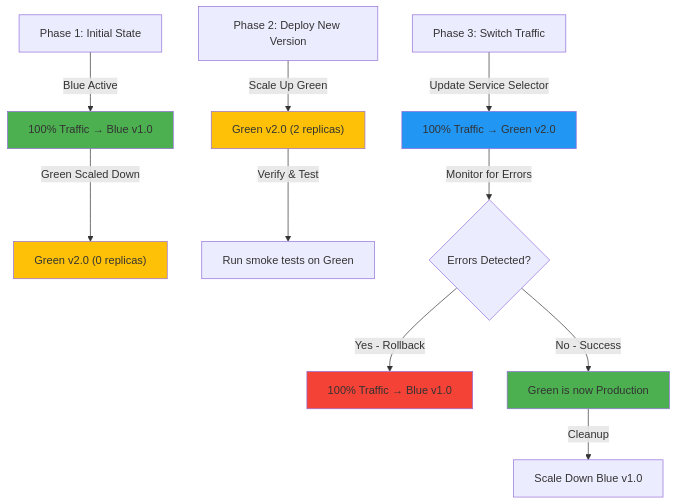
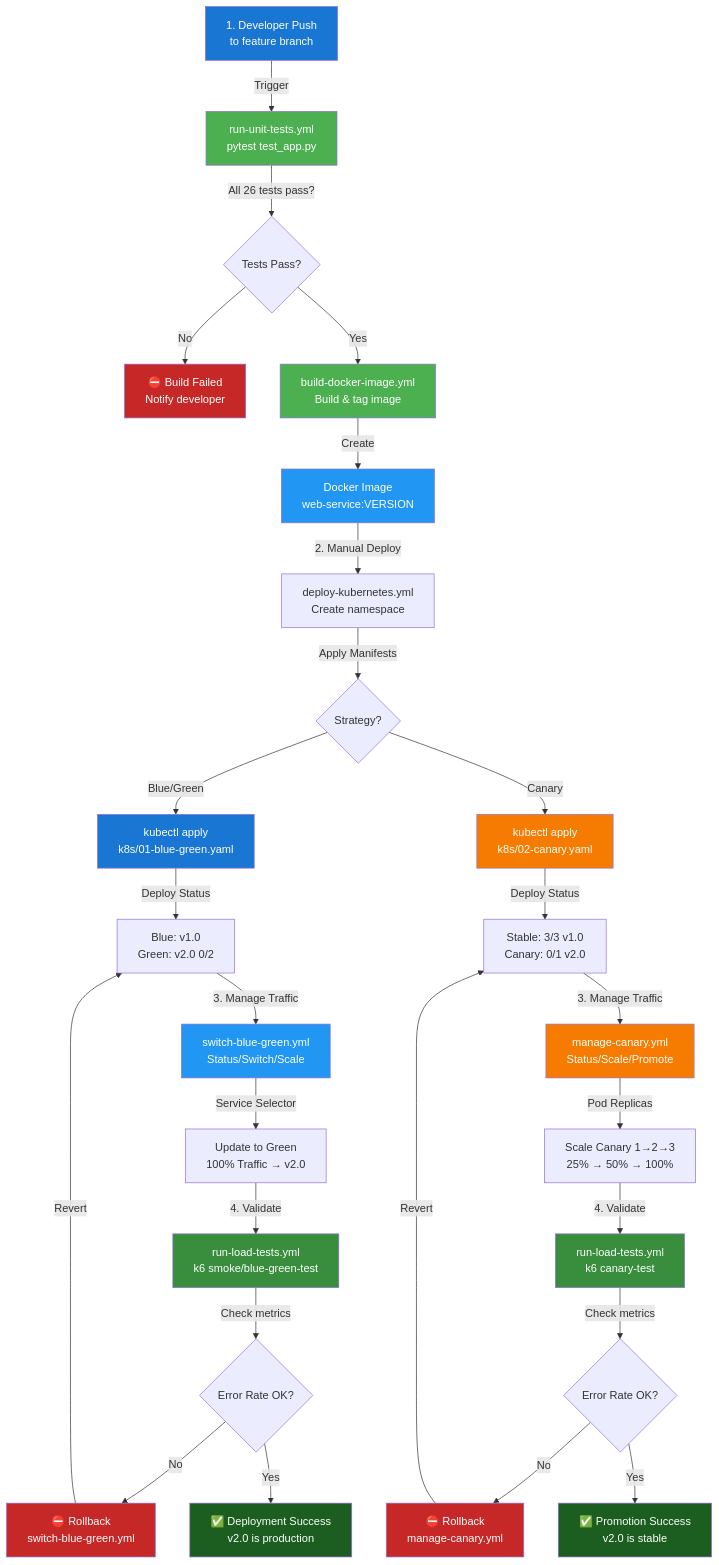
One commit to santispizzirri/tech-challenge-devops changed the second of 3 diagrams in README.md. Above: the diagram before and after it, drawn with Mermaid. The commit also changed other lines of this file and 5 other files, not shown here.

Commit message:
adding minor changes - unit tests checked

````diff
--- a/README.md
+++ b/README.md
@@ -397,23 +400,58 @@
 ```mermaid
 graph TD
-    A["Phase 1: Initial State"] -->|Blue Active| B["100% Traffic → Blue v1.0"]
-    B -->|Green Scaled Down| C["Green v2.0 (0 replicas)"]
+    A["1. Developer Push<br/>to feature branch"]
     
-    D["Phase 2: Deploy New Version"] -->|Scale Up Green| E["Green v2.0 (2 replicas)"]
-    E -->|Verify & Test| F["Run smoke tests on Green"]
+    A -->|Trigger| B["run-unit-tests.yml<br/>pytest test_app.py"]
+    B -->|All 26 tests pass?| C{Tests Pass?}
     
-    G["Phase 3: Switch Traffic"] -->|Update Service Selector| H["100% Traffic → Green v2.0"]
-    H -->|Monitor for Errors| I{Errors Detected?}
+    C -->|No| D["⛔ Build Failed<br/>Notify developer"]
+    C -->|Yes| E["build-docker-image.yml<br/>Build & tag image"]
     
-    I -->|Yes - Rollback| J["100% Traffic → Blue v1.0"]
-    I -->|No - Success| K["Green is now Production"]
+    E -->|Create| F["Docker Image<br/>web-service:VERSION"]
     
-    K -->|Cleanup| L["Scale Down Blue v1.0"]
+    F -->|2. Manual Deploy| G["deploy-kubernetes.yml<br/>Create namespace"]
+    G -->|Apply Manifests| H{Strategy?}
     
-    style B fill:#4CAF50
-    style C fill:#FFC107
-    style E fill:#FFC107
-    style H fill:#2196F3
-    style J fill:#F44336
-    style K fill:#4CAF50
+    H -->|Blue/Green| I["kubectl apply<br/>k8s/01-blue-green.yaml"]
+    H -->|Canary| J["kubectl apply<br/>k8s/02-canary.yaml"]
+    
+    I -->|Deploy Status| K["Blue: v1.0<br/>Green: v2.0 0/2"]
+    J -->|Deploy Status| L["Stable: 3/3 v1.0<br/>Canary: 0/1 v2.0"]
+    
+    K -->|3. Manage Traffic| M["switch-blue-green.yml<br/>Status/Switch/Scale"]
+    L -->|3. Manage Traffic| N["manage-canary.yml<br/>Status/Scale/Promote"]
+    
+    M -->|Service Selector| O["Update to Green<br/>100% Traffic → v2.0"]
+    N -->|Pod Replicas| P["Scale Canary 1→2→3<br/>25% → 50% → 100%"]
+    
+    O -->|4. Validate| Q["run-load-tests.yml<br/>k6 smoke/blue-green-test"]
+    P -->|4. Validate| R["run-load-tests.yml<br/>k6 canary-test"]
+    
+    Q -->|Check metrics| S{Error Rate OK?}
+    R -->|Check metrics| T{Error Rate OK?}
+    
+    S -->|No| U["⛔ Rollback<br/>switch-blue-green.yml"]
+    S -->|Yes| V["✅ Deployment Success<br/>v2.0 is production"]
+    
+    T -->|No| W["⛔ Rollback<br/>manage-canary.yml"]
+    T -->|Yes| X["✅ Promotion Success<br/>v2.0 is stable"]
+    
+    U -->|Revert| K
+    W -->|Revert| L
+    
+    style A fill:#1976D2,color:#fff
+    style B fill:#4CAF50,color:#fff
+    style E fill:#4CAF50,color:#fff
+    style F fill:#2196F3,color:#fff
+    style I fill:#1976D2,color:#fff
+    style J fill:#F57C00,color:#fff
+    style M fill:#2196F3,color:#fff
+    style N fill:#F57C00,color:#fff
+    style Q fill:#388E3C,color:#fff
+    style R fill:#388E3C,color:#fff
+    style V fill:#1B5E20,color:#fff
+    style X fill:#1B5E20,color:#fff
+    style D fill:#C62828,color:#fff
+    style U fill:#C62828,color:#fff
+    style W fill:#C62828,color:#fff
 ```
````
